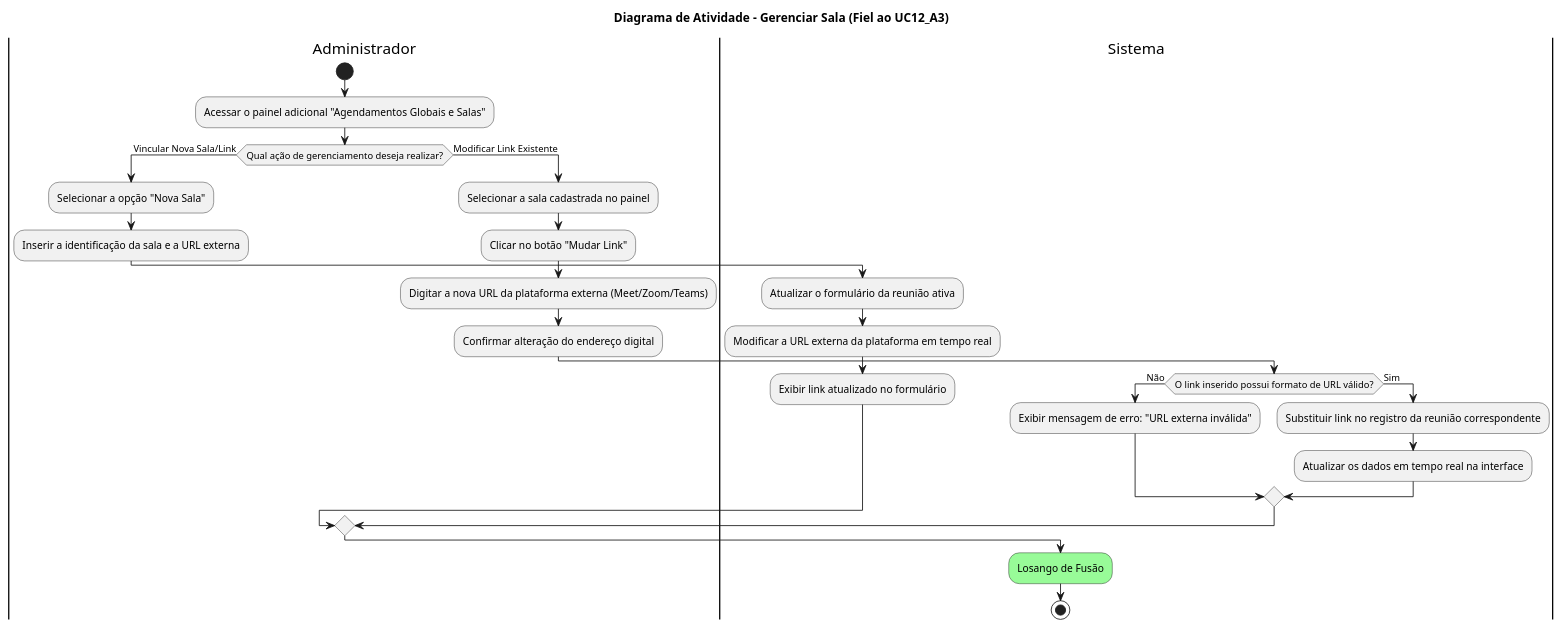
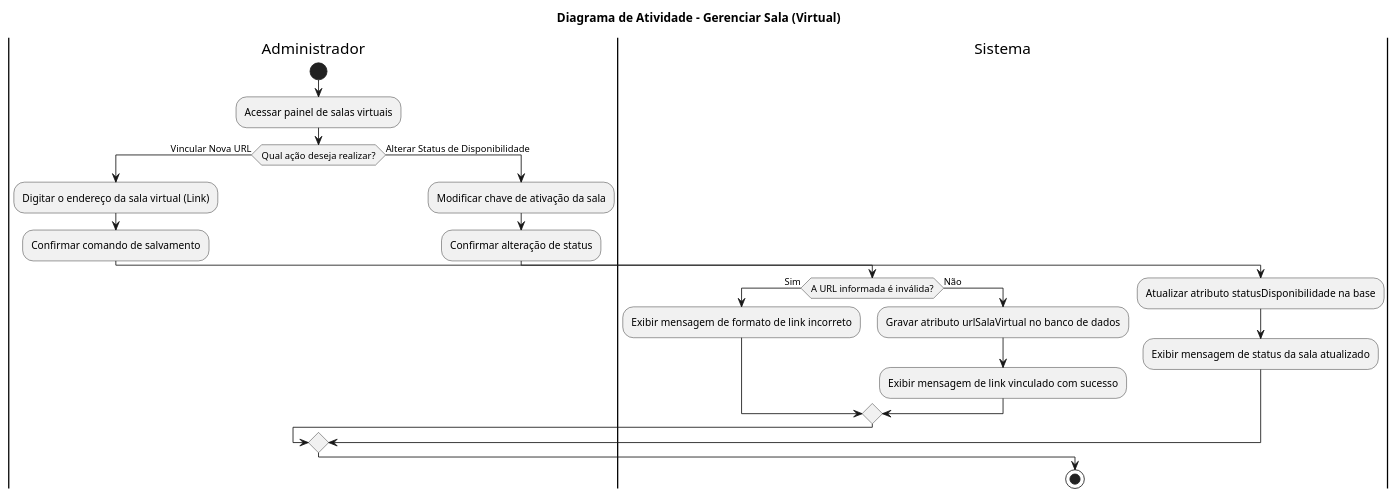
Before and after one commit to MelquisedequeVital/SisCom_Casos-de-Uso: the diagram in classes/activity_diagrams/Sala/gerenciarSala/diagrama.puml, drawn with PlantUML. The commit also changed 18 other files, not shown here.

Commit message:
feat: modelar classe Reuniao e refatorar classe Sala para suporte a links virtuais

```diff
--- a/classes/activity_diagrams/Sala/gerenciarSala/diagrama.puml
+++ b/classes/activity_diagrams/Sala/gerenciarSala/diagrama.puml
@@ -1,35 +1,31 @@
 @startuml
-title Diagrama de Atividade - Gerenciar Sala (Fiel ao UC12_A3)
+title Diagrama de Atividade - Gerenciar Sala (Virtual)
 
 |Administrador|
 start
-:Acessar o painel adicional "Agendamentos Globais e Salas";
-if (Qual ação de gerenciamento deseja realizar?) then (Vincular Nova Sala/Link)
-  :Selecionar a opção "Nova Sala";
-  :Inserir a identificação da sala e a URL externa;
+:Acessar painel de salas virtuais;
+if (Qual ação deseja realizar?) then (Vincular Nova URL)
+  :Digitar o endereço da sala virtual (Link);
+  :Confirmar comando de salvamento;
   
   |Sistema|
-  :Atualizar o formulário da reunião ativa;
-  :Modificar a URL externa da plataforma em tempo real;
-  :Exibir link atualizado no formulário;
+  if (A URL informada é inválida?) then (Sim)
+    :Exibir mensagem de formato de link incorreto;
+  else (Não)
+    :Gravar atributo urlSalaVirtual no banco de dados;
+    :Exibir mensagem de link vinculado com sucesso;
+  endif
 
-else (Modificar Link Existente)
+else (Alterar Status de Disponibilidade)
   |Administrador|
-  :Selecionar a sala cadastrada no painel;
-  :Clicar no botão "Mudar Link";
-  :Digitar a nova URL da plataforma externa (Meet/Zoom/Teams);
-  :Confirmar alteração do endereço digital;
+  :Modificar chave de ativação da sala;
+  :Confirmar alteração de status;
   
   |Sistema|
-  if (O link inserido possui formato de URL válido?) then (Não)
-    :Exibir mensagem de erro: "URL externa inválida";
-  else (Sim)
-    :Substituir link no registro da reunião correspondente;
-    :Atualizar os dados em tempo real na interface;
-  endif
+  :Atualizar atributo statusDisponibilidade na base;
+  :Exibir mensagem de status da sala atualizado;
 endif
 
 |Sistema|
-#palegreen:Losango de Fusão;
 stop
 @enduml
```
